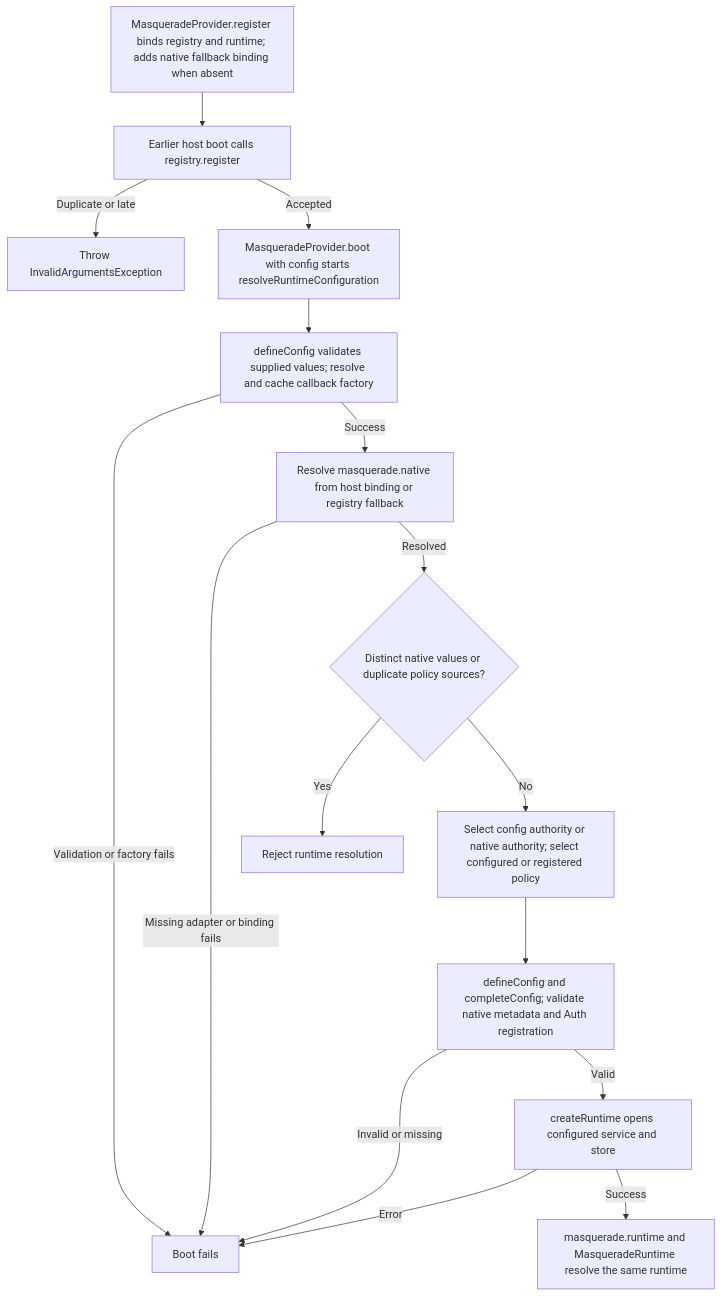
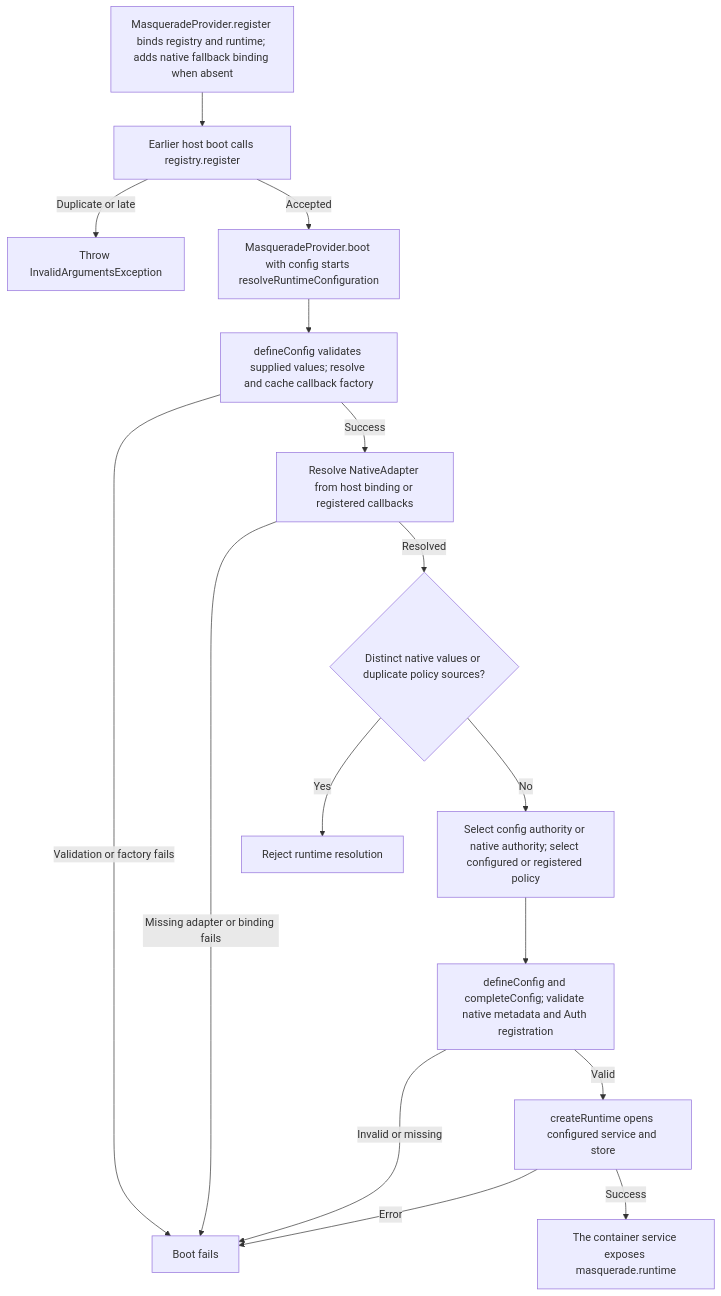
One commit to Kevinjohn/oss-adonisjs-masquerade changed the second of 2 diagrams in user-stories/configure-masquerade/us-setup-03-register-integration-callbacks.md. Above: the diagram before and after it, drawn with Mermaid. The commit also changed other lines of this file and 293 other files, not shown here.

````diff
--- a/user-stories/configure-masquerade/us-setup-03-register-integration-callbacks.md
+++ b/user-stories/configure-masquerade/us-setup-03-register-integration-callbacks.md
@@ -36,18 +36,18 @@
 ```mermaid
 flowchart TD
     A["MasqueradeProvider.register binds registry and runtime; adds native fallback binding when absent"] --> B["Earlier host boot calls registry.register"]
     B -->|Duplicate or late| X["Throw InvalidArgumentsException"]
     B -->|Accepted| C["MasqueradeProvider.boot with config starts resolveRuntimeConfiguration"]
     C --> D["defineConfig validates supplied values; resolve and cache callback factory"]
     D -->|Validation or factory fails| Y["Boot fails"]
-    D -->|Success| E["Resolve masquerade.native from host binding or registry fallback"]
+    D -->|Success| E["Resolve NativeAdapter from host binding or registered callbacks"]
     E -->|Missing adapter or binding fails| Y
     E -->|Resolved| G{"Distinct native values or duplicate policy sources?"}
     G -->|Yes| X2["Reject runtime resolution"]
     G -->|No| H["Select config authority or native authority; select configured or registered policy"]
     H --> I["defineConfig and completeConfig; validate native metadata and Auth registration"]
     I -->|Invalid or missing| Y
     I -->|Valid| K["createRuntime opens configured service and store"]
     K -->|Error| Y
-    K -->|Success| L["masquerade.runtime and MasqueradeRuntime resolve the same runtime"]
+    K -->|Success| L["The container service exposes masquerade.runtime"]
 ```
````
